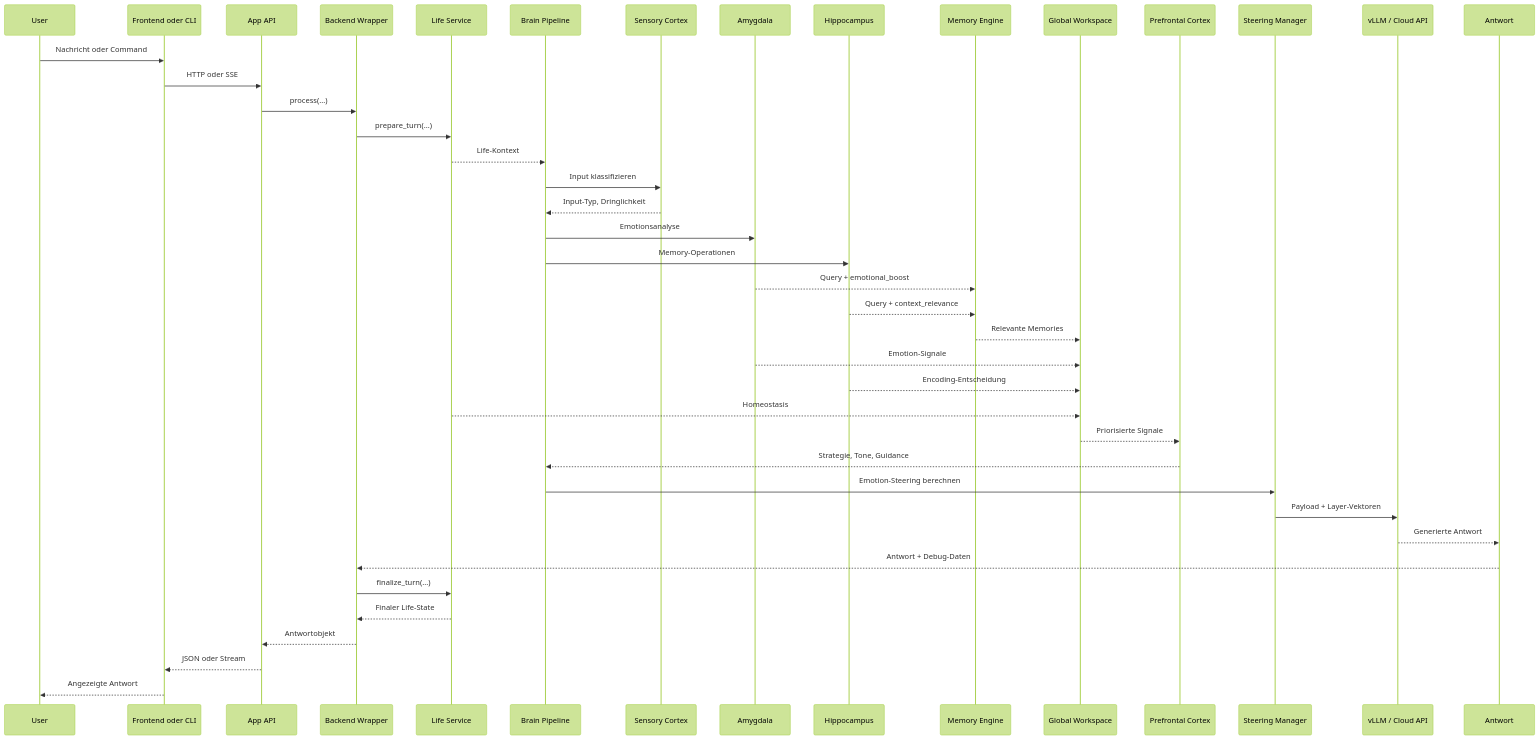
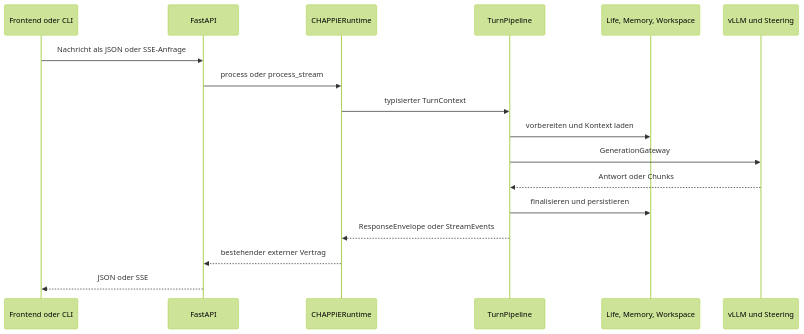
The diagram in docs/workflows.md (017pixel/CHAPPiE), drawn with Mermaid (forest theme) before and after one commit. The commit also changed other lines of this file and 25 other files, not shown here.

Commit message:
v16.4.0 - docs: architektur, runtime-vertraege und repo-cleanup dokumentiert

````diff
--- a/docs/workflows.md
+++ b/docs/workflows.md
@@ -5,45 +5,20 @@
 ```mermaid
 sequenceDiagram
-    participant U as User
-    participant FE as Frontend oder CLI
-    participant API as App API
-    participant BW as Backend Wrapper
-    participant L as Life Service
-    participant BP as Brain Pipeline
-    participant S as Sensory Cortex
-    participant A as Amygdala
-    participant H as Hippocampus
-    participant M as Memory Engine
-    participant GW as Global Workspace
-    participant P as Prefrontal Cortex
-    participant ST as Steering Manager
-    participant VLLM as vLLM / Cloud API
-    participant OUT as Antwort
+    participant Client as Frontend oder CLI
+    participant API as FastAPI
+    participant Runtime as CHAPPiERuntime
+    participant Pipeline as TurnPipeline
+    participant State as Life, Memory, Workspace
+    participant Model as vLLM und Steering
 
-    U->>FE: Nachricht oder Command
-    FE->>API: HTTP oder SSE
-    API->>BW: process(...)
-    BW->>L: prepare_turn(...)
-    L-->>BP: Life-Kontext
-    BP->>S: Input klassifizieren
-    S-->>BP: Input-Typ, Dringlichkeit
-    BP->>A: Emotionsanalyse
-    BP->>H: Memory-Operationen
-    A-->>M: Query + emotional_boost
-    H-->>M: Query + context_relevance
-    M-->>GW: Relevante Memories
-    A-->>GW: Emotion-Signale
-    H-->>GW: Encoding-Entscheidung
-    L-->>GW: Homeostasis
-    GW-->>P: Priorisierte Signale
-    P-->>BP: Strategie, Tone, Guidance
-    BP->>ST: Emotion-Steering berechnen
-    ST->>VLLM: Payload + Layer-Vektoren
-    VLLM-->>OUT: Generierte Antwort
-    OUT-->>BW: Antwort + Debug-Daten
-    BW->>L: finalize_turn(...)
-    L-->>BW: Finaler Life-State
-    BW-->>API: Antwortobjekt
-    API-->>FE: JSON oder Stream
-    FE-->>U: Angezeigte Antwort
+    Client->>API: Nachricht als JSON oder SSE-Anfrage
+    API->>Runtime: process oder process_stream
+    Runtime->>Pipeline: typisierter TurnContext
+    Pipeline->>State: vorbereiten und Kontext laden
+    Pipeline->>Model: GenerationGateway
+    Model-->>Pipeline: Antwort oder Chunks
+    Pipeline->>State: finalisieren und persistieren
+    Pipeline-->>Runtime: ResponseEnvelope oder StreamEvents
+    Runtime-->>API: bestehender externer Vertrag
+    API-->>Client: JSON oder SSE
 ```
````
